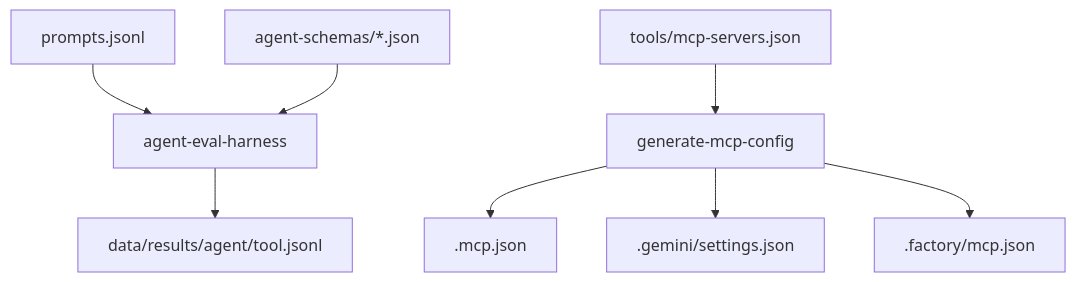
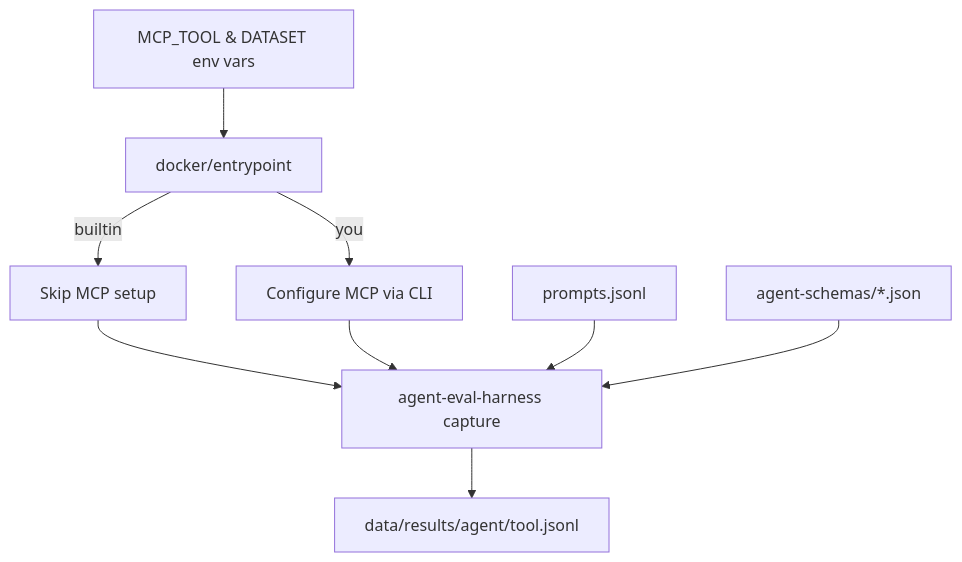
The diagram in README.md (youdotcom-oss/web-search-agent-evals), drawn with Mermaid before and after one commit. The commit also changed other lines of this file and 92 other files, not shown here.

````diff
--- a/README.md
+++ b/README.md
@@ -16,10 +16,13 @@
 ```mermaid
 flowchart TD
-    Prompts[prompts.jsonl] --> Harness[agent-eval-harness]
+    Env[MCP_TOOL & DATASET env vars] --> Entrypoint[docker/entrypoint]
+    Entrypoint -->|builtin| SkipMCP[Skip MCP setup]
+    Entrypoint -->|you| ConfigMCP[Configure MCP via CLI]
+
+    SkipMCP --> Harness[agent-eval-harness capture]
+    ConfigMCP --> Harness
+
+    Prompts[prompts.jsonl] --> Harness
     Schemas[agent-schemas/*.json] --> Harness
-    MCP[tools/mcp-servers.json] --> Generate[generate-mcp-config]
-    Generate --> ClaudeConfig[.mcp.json]
-    Generate --> GeminiConfig[.gemini/settings.json]
-    Generate --> DroidConfig[.factory/mcp.json]
     Harness --> Results[data/results/agent/tool.jsonl]
 ```
````
